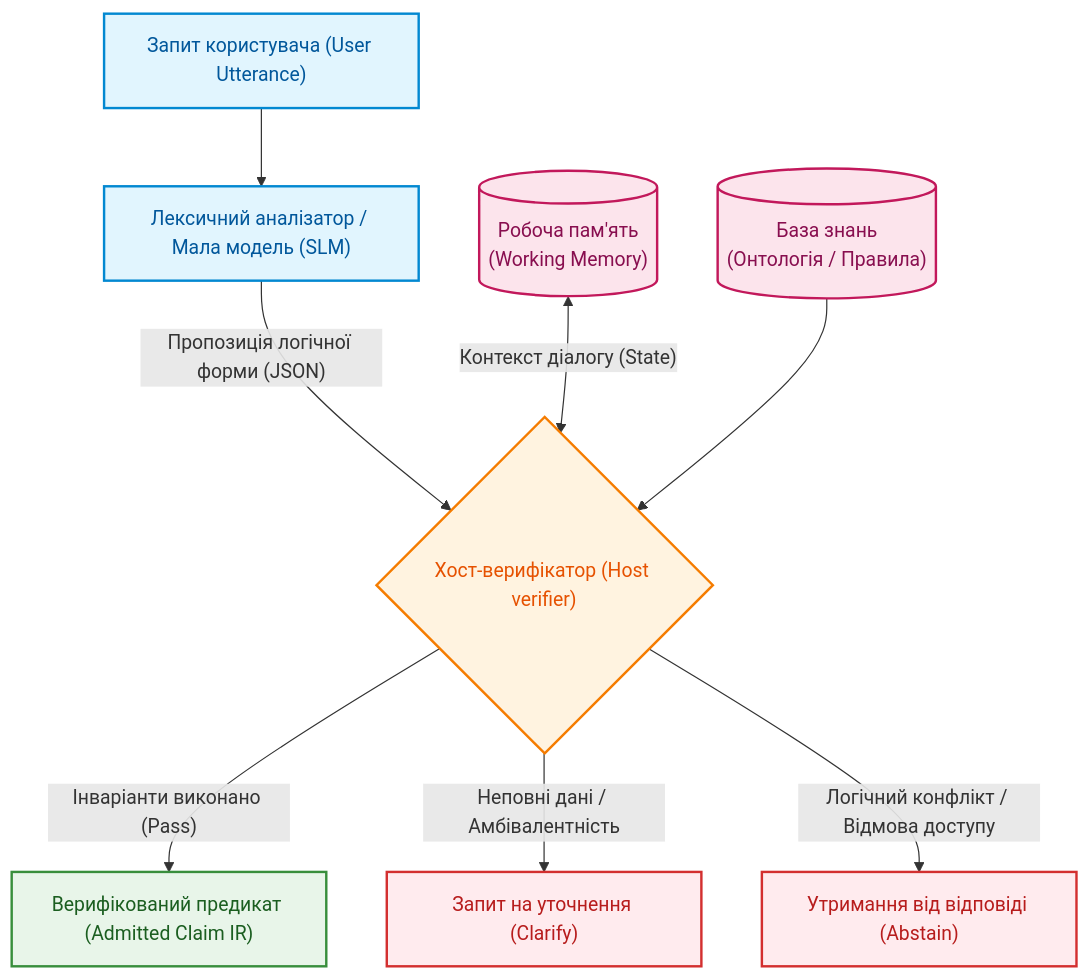
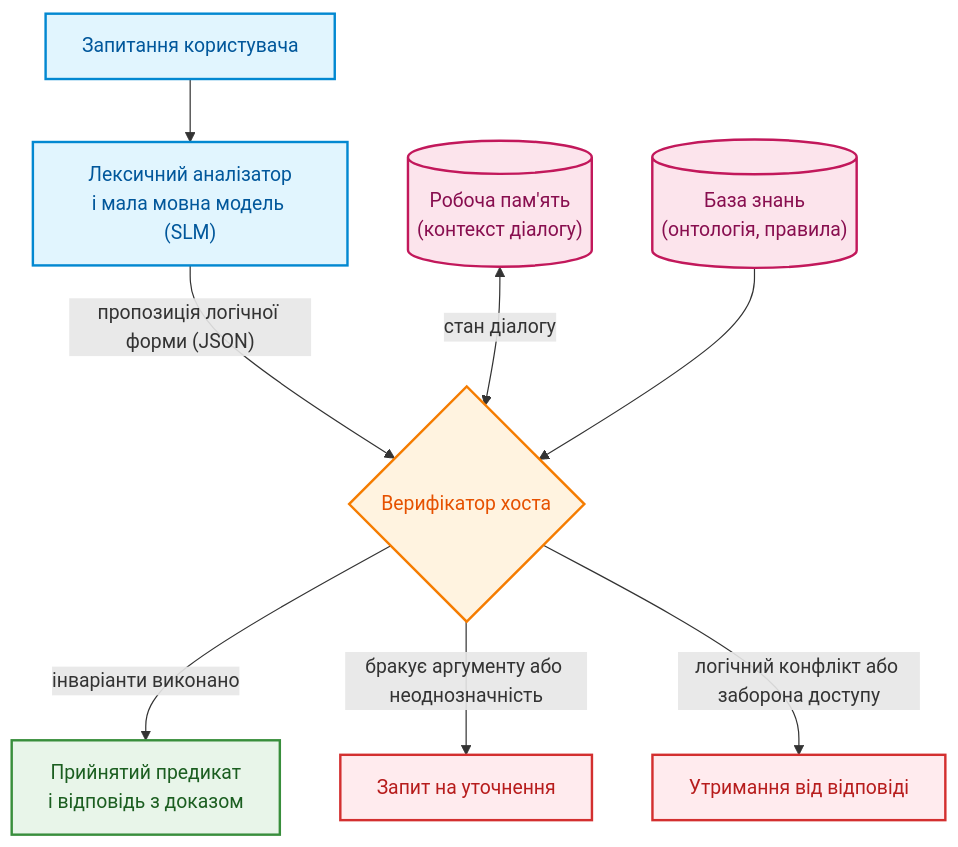
The eighth of 8 diagrams in ExpertSystem/ch13-language-variability-vs-determinism.md (nick-fedchik/articles), drawn with Mermaid before and after one commit. The commit also changed other lines of this file, not shown here.

````diff
--- a/ExpertSystem/ch13-language-variability-vs-determinism.md
+++ b/ExpertSystem/ch13-language-variability-vs-determinism.md
@@ -391,25 +451,25 @@
 ```mermaid
 flowchart TB
     accTitle: Розподіл ролей в архітектурі інтерактивної взаємодії
-    accDescr: Взаємодія між лексичним аналізатором, робочою пам'яттю, онтологією та хост-верифікатором.
+    accDescr: Взаємодія між лексичним аналізатором, робочою пам'яттю, онтологією та верифікатором хоста з трьома можливими результатами.
 
-    U["Запит користувача (User Utterance)"] --> LP["Лексичний аналізатор / Мала модель (SLM)"]
-    LP --> |"Пропозиція логічної форми (JSON)"| HV{"Хост-верифікатор (Host verifier)"}
-    WM[("Робоча пам'ять<br/>(Working Memory)")] <--> |"Контекст діалогу (State)"| HV
-    KB[("База знань<br/>(Онтологія / Правила)")] --> HV
-    HV --> |"Інваріанти виконано (Pass)"| OUT["Верифікований предикат (Admitted Claim IR)"]
-    HV --> |"Неповні дані / Амбівалентність"| CLAR["Запит на уточнення (Clarify)"]
-    HV --> |"Логічний конфлікт / Відмова доступу"| STOP["Утримання від відповіді (Abstain)"]
+    U["Запитання користувача"] --> LP["Лексичний аналізатор<br/>і мала мовна модель (SLM)"]
+    LP --> |"пропозиція логічної форми (JSON)"| HV{"Верифікатор хоста"}
+    WM[("Робоча пам'ять<br/>(контекст діалогу)")] <--> |"стан діалогу"| HV
+    KB[("База знань<br/>(онтологія, правила)")] --> HV
+    HV --> |"інваріанти виконано"| OUT["Прийнятий предикат<br/>і відповідь з доказом"]
+    HV --> |"бракує аргументу або неоднозначність"| CLAR["Запит на уточнення"]
+    HV --> |"логічний конфлікт або заборона доступу"| STOP["Утримання від відповіді"]
 
     classDef inp fill:#e1f5fe,stroke:#0288d1,stroke-width:2px,color:#01579b;
     classDef gate fill:#fff3e0,stroke:#f57c00,stroke-width:2px,color:#e65100;
     classDef mem fill:#fce4ec,stroke:#c2185b,stroke-width:2px,color:#880e4f;
     classDef ok fill:#e8f5e9,stroke:#388e3c,stroke-width:2px,color:#1b5e20;
     classDef halt fill:#ffebee,stroke:#d32f2f,stroke-width:2px,color:#b71c1c;
 
     class U,LP inp;
     class HV gate;
     class WM,KB mem;
     class OUT ok;
     class CLAR,STOP halt;
 ```
````
